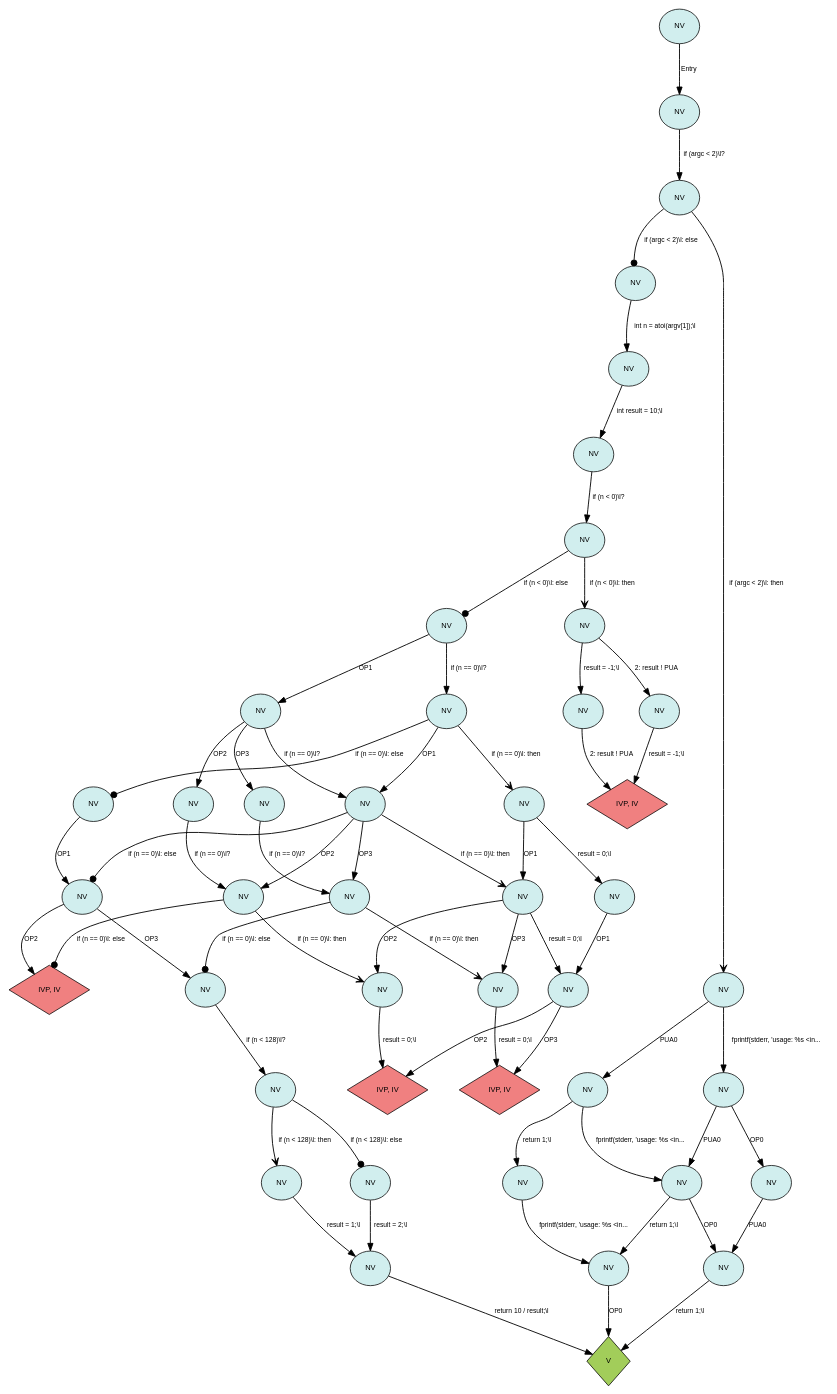
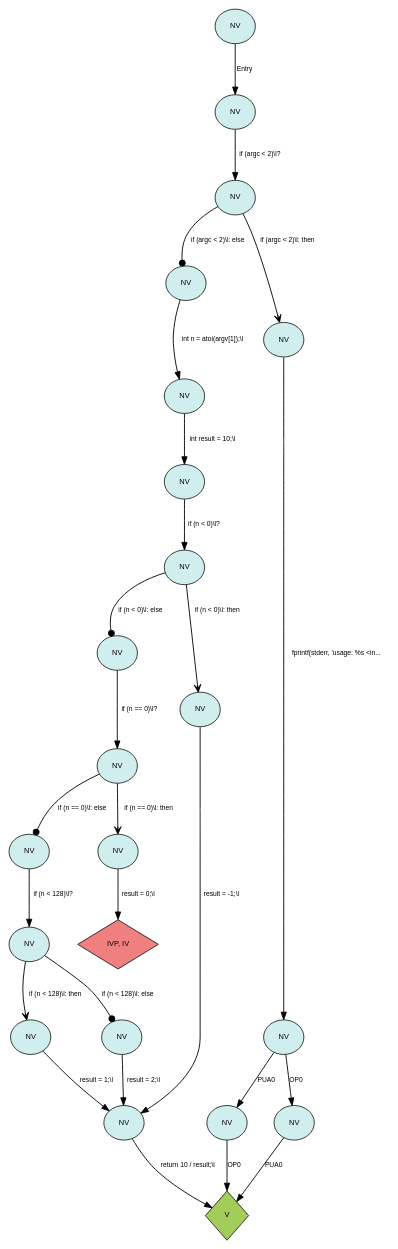
One commit to FelicitasGarcia/MimicryMonitor changed the diagram in exampleFiles/dots/llvmBasedResults/Verdicts_Labeled_DOT.dot. Above: the diagram before and after it, drawn with Graphviz. The commit also changed 32 other files, not shown here.

```diff
--- a/exampleFiles/dots/llvmBasedResults/Verdicts_Labeled_DOT.dot
+++ b/exampleFiles/dots/llvmBasedResults/Verdicts_Labeled_DOT.dot
@@ -1,116 +1,57 @@
 digraph Verdicts_Labeled {
   rankdir=TB; // Top to bottom layout
   rank=min;
   nodesep=0.5; // Increase node separation
   ranksep=0.8; // Increase rank separation
 edge [curvature=0.3];  node [fontname="Helvetica", fontsize=10];
   edge [fontname="Helvetica", fontsize=9];
 
-  589 [label="NV", style=filled, fillcolor="lightcyan2", shape=ellipse, margin="0.15,0.15"];
-  665 [label="NV", style=filled, fillcolor="lightcyan2", shape=ellipse, margin="0.15,0.15"];
-  949 [label="NV", style=filled, fillcolor="lightcyan2", shape=ellipse, margin="0.15,0.15"];
-  628 [label="NV", style=filled, fillcolor="lightcyan2", shape=ellipse, margin="0.15,0.15"];
-  493 [label="NV", style=filled, fillcolor="lightcyan2", shape=ellipse, margin="0.15,0.15"];
-  59 [label="NV", style=filled, fillcolor="lightcyan2", shape=ellipse, margin="0.15,0.15"];
-  159 [label="NV", style=filled, fillcolor="lightcyan2", shape=ellipse, margin="0.15,0.15"];
-  306 [label="NV", style=filled, fillcolor="lightcyan2", shape=ellipse, margin="0.15,0.15"];
-  452 [label="NV", style=filled, fillcolor="lightcyan2", shape=ellipse, margin="0.15,0.15"];
-  775 [label="NV", style=filled, fillcolor="lightcyan2", shape=ellipse, margin="0.15,0.15"];
-  375 [label="NV", style=filled, fillcolor="lightcyan2", shape=ellipse, margin="0.15,0.15"];
-  716 [label="NV", style=filled, fillcolor="lightcyan2", shape=ellipse, margin="0.15,0.15"];
-  8 [label="NV", style=filled, fillcolor="lightcyan2", shape=ellipse, margin="0.15,0.15"];
-  866 [label="NV", style=filled, fillcolor="lightcyan2", shape=ellipse, margin="0.15,0.15"];
-  269 [label="NV", style=filled, fillcolor="lightcyan2", shape=ellipse, margin="0.15,0.15"];
-  841 [label="IVP, IV", style=filled, fillcolor="lightcoral", shape=diamond, margin="0.15,0.15"];
-  190 [label="NV", style=filled, fillcolor="lightcyan2", shape=ellipse, margin="0.15,0.15"];
+  13 [label="NV", style=filled, fillcolor="lightcyan2", shape=ellipse, margin="0.15,0.15"];
+  30 [label="NV", style=filled, fillcolor="lightcyan2", shape=ellipse, margin="0.15,0.15"];
+  150 [label="NV", style=filled, fillcolor="lightcyan2", shape=ellipse, margin="0.15,0.15"];
+  219 [label="NV", style=filled, fillcolor="lightcyan2", shape=ellipse, margin="0.15,0.15"];
+  286 [label="NV", style=filled, fillcolor="lightcyan2", shape=ellipse, margin="0.15,0.15"];
+  317 [label="NV", style=filled, fillcolor="lightcyan2", shape=ellipse, margin="0.15,0.15"];
+  354 [label="NV", style=filled, fillcolor="lightcyan2", shape=ellipse, margin="0.15,0.15"];
+  404 [label="NV", style=filled, fillcolor="lightcyan2", shape=ellipse, margin="0.15,0.15"];
+  387 [label="IVP, IV", style=filled, fillcolor="lightcoral", shape=diamond, margin="0.15,0.15"];
+  399 [label="NV", style=filled, fillcolor="lightcyan2", shape=ellipse, margin="0.15,0.15"];
+  127 [label="NV", style=filled, fillcolor="lightcyan2", shape=ellipse, margin="0.15,0.15"];
+  64 [label="NV", style=filled, fillcolor="lightcyan2", shape=ellipse, margin="0.15,0.15"];
+  123 [label="NV", style=filled, fillcolor="lightcyan2", shape=ellipse, margin="0.15,0.15"];
+  90 [label="NV", style=filled, fillcolor="lightcyan2", shape=ellipse, margin="0.15,0.15"];
+  301 [label="NV", style=filled, fillcolor="lightcyan2", shape=ellipse, margin="0.15,0.15"];
   0 [label="NV", style=filled, fillcolor="lightcyan2", shape=ellipse, margin="0.15,0.15"];
-  501 [label="NV", style=filled, fillcolor="lightcyan2", shape=ellipse, margin="0.15,0.15"];
-  518 [label="NV", style=filled, fillcolor="lightcyan2", shape=ellipse, margin="0.15,0.15"];
-  541 [label="IVP, IV", style=filled, fillcolor="lightcoral", shape=diamond, margin="0.15,0.15"];
-  727 [label="NV", style=filled, fillcolor="lightcyan2", shape=ellipse, margin="0.15,0.15"];
-  885 [label="IVP, IV", style=filled, fillcolor="lightcoral", shape=diamond, margin="0.15,0.15"];
-  611 [label="NV", style=filled, fillcolor="lightcyan2", shape=ellipse, margin="0.15,0.15"];
-  211 [label="NV", style=filled, fillcolor="lightcyan2", shape=ellipse, margin="0.15,0.15"];
-  705 [label="IVP, IV", style=filled, fillcolor="lightcoral", shape=diamond, margin="0.15,0.15"];
-  738 [label="NV", style=filled, fillcolor="lightcyan2", shape=ellipse, margin="0.15,0.15"];
-  114 [label="NV", style=filled, fillcolor="lightcyan2", shape=ellipse, margin="0.15,0.15"];
-  617 [label="NV", style=filled, fillcolor="lightcyan2", shape=ellipse, margin="0.15,0.15"];
-  346 [label="V", style=filled, fillcolor="darkolivegreen3", shape=diamond, margin="0.15,0.15"];
-  390 [label="NV", style=filled, fillcolor="lightcyan2", shape=ellipse, margin="0.15,0.15"];
-  96 [label="NV", style=filled, fillcolor="lightcyan2", shape=ellipse, margin="0.15,0.15"];
-  237 [label="NV", style=filled, fillcolor="lightcyan2", shape=ellipse, margin="0.15,0.15"];
-  997 [label="NV", style=filled, fillcolor="lightcyan2", shape=ellipse, margin="0.15,0.15"];
-  496 [label="NV", style=filled, fillcolor="lightcyan2", shape=ellipse, margin="0.15,0.15"];
-  444 [label="NV", style=filled, fillcolor="lightcyan2", shape=ellipse, margin="0.15,0.15"];
-  43 [label="NV", style=filled, fillcolor="lightcyan2", shape=ellipse, margin="0.15,0.15"];
-  81 [label="NV", style=filled, fillcolor="lightcyan2", shape=ellipse, margin="0.15,0.15"];
-  507 [label="NV", style=filled, fillcolor="lightcyan2", shape=ellipse, margin="0.15,0.15"];
-  104 [label="NV", style=filled, fillcolor="lightcyan2", shape=ellipse, margin="0.15,0.15"];
-  155 [label="NV", style=filled, fillcolor="lightcyan2", shape=ellipse, margin="0.15,0.15"];
-  458 [label="NV", style=filled, fillcolor="lightcyan2", shape=ellipse, margin="0.15,0.15"];
-  473 [label="NV", style=filled, fillcolor="lightcyan2", shape=ellipse, margin="0.15,0.15"];
-  946 [label="NV", style=filled, fillcolor="lightcyan2", shape=ellipse, margin="0.15,0.15"];
+  50 [label="NV", style=filled, fillcolor="lightcyan2", shape=ellipse, margin="0.15,0.15"];
+  95 [label="NV", style=filled, fillcolor="lightcyan2", shape=ellipse, margin="0.15,0.15"];
+  170 [label="V", style=filled, fillcolor="darkolivegreen3", shape=diamond, margin="0.15,0.15"];
+  245 [label="NV", style=filled, fillcolor="lightcyan2", shape=ellipse, margin="0.15,0.15"];
+  252 [label="NV", style=filled, fillcolor="lightcyan2", shape=ellipse, margin="0.15,0.15"];
+  320 [label="NV", style=filled, fillcolor="lightcyan2", shape=ellipse, margin="0.15,0.15"];
 
-  59 -> 96 [label="fprintf(stderr, 'usage: %s \<in...", id=12, arrowhead=normal, penwidth=1.2];
-  104 -> 159 [label="fprintf(stderr, 'usage: %s \<in...", id=12, arrowhead=normal, penwidth=1.2];
-  190 -> 269 [label="fprintf(stderr, 'usage: %s \<in...", id=12, arrowhead=normal, penwidth=1.2];
-  96 -> 155 [label="OP0", id=13, arrowhead=normal, penwidth=1.2];
-  159 -> 237 [label="OP0", id=13, arrowhead=normal, penwidth=1.2];
-  269 -> 346 [label="OP0", id=13, arrowhead=normal, penwidth=1.2];
-  114 -> 211 [label="int result = 10;\\l", id=16, arrowhead=normal, penwidth=1.2];
-  0 -> 8 [label="Entry", id=17, arrowhead=normal, penwidth=1.2];
-  8 -> 43 [label="if (argc \< 2)\\l?", id=17, arrowhead=normal, penwidth=1.2];
-  43 -> 59 [label="if (argc \< 2)\\l: then", id=17, arrowhead=vee, penwidth=1.2];
-  43 -> 81 [label="if (argc \< 2)\\l: else", id=17, arrowhead=dot, penwidth=1.2];
-  390 -> 473 [label="result = -1;\\l", id=18, arrowhead=normal, penwidth=1.2];
-  458 -> 541 [label="result = -1;\\l", id=18, arrowhead=normal, penwidth=1.2];
-  375 -> 444 [label="OP1", id=19, arrowhead=normal, penwidth=1.2];
-  59 -> 104 [label="PUA0", id=19, arrowhead=normal, penwidth=1.2];
-  96 -> 159 [label="PUA0", id=19, arrowhead=normal, penwidth=1.2];
-  155 -> 237 [label="PUA0", id=19, arrowhead=normal, penwidth=1.2];
-  444 -> 493 [label="OP2", id=19, arrowhead=normal, penwidth=1.2];
-  775 -> 885 [label="OP3", id=19, arrowhead=normal, penwidth=1.2];
-  518 -> 628 [label="OP1", id=19, arrowhead=normal, penwidth=1.2];
-  628 -> 738 [label="OP3", id=19, arrowhead=normal, penwidth=1.2];
-  444 -> 496 [label="OP3", id=19, arrowhead=normal, penwidth=1.2];
-  452 -> 501 [label="OP1", id=19, arrowhead=normal, penwidth=1.2];
-  501 -> 589 [label="OP2", id=19, arrowhead=normal, penwidth=1.2];
-  507 -> 617 [label="OP1", id=19, arrowhead=normal, penwidth=1.2];
-  775 -> 841 [label="OP2", id=19, arrowhead=normal, penwidth=1.2];
-  617 -> 705 [label="OP2", id=19, arrowhead=normal, penwidth=1.2];
-  617 -> 727 [label="OP3", id=19, arrowhead=normal, penwidth=1.2];
-  665 -> 775 [label="OP1", id=19, arrowhead=normal, penwidth=1.2];
-  628 -> 716 [label="OP2", id=19, arrowhead=normal, penwidth=1.2];
-  501 -> 611 [label="OP3", id=19, arrowhead=normal, penwidth=1.2];
-  104 -> 190 [label="return 1;\\l", id=20, arrowhead=normal, penwidth=1.2];
-  159 -> 269 [label="return 1;\\l", id=20, arrowhead=normal, penwidth=1.2];
-  237 -> 346 [label="return 1;\\l", id=20, arrowhead=normal, penwidth=1.2];
-  81 -> 114 [label="int n = atoi(argv[1]);\\l", id=22, arrowhead=normal, penwidth=1.2];
-  211 -> 306 [label="if (n \< 0)\\l?", id=24, arrowhead=normal, penwidth=1.2];
-  306 -> 375 [label="if (n \< 0)\\l: else", id=24, arrowhead=dot, penwidth=1.2];
-  306 -> 390 [label="if (n \< 0)\\l: then", id=24, arrowhead=vee, penwidth=1.2];
-  390 -> 458 [label="2: result ! PUA", id=25, arrowhead=normal, penwidth=1.2];
-  473 -> 541 [label="2: result ! PUA", id=25, arrowhead=normal, penwidth=1.2];
-  501 -> 617 [label="if (n == 0)\\l: else", id=26, arrowhead=dot, penwidth=1.2];
-  375 -> 452 [label="if (n == 0)\\l?", id=26, arrowhead=normal, penwidth=1.2];
-  444 -> 501 [label="if (n == 0)\\l?", id=26, arrowhead=normal, penwidth=1.2];
-  452 -> 507 [label="if (n == 0)\\l: else", id=26, arrowhead=dot, penwidth=1.2];
-  452 -> 518 [label="if (n == 0)\\l: then", id=26, arrowhead=vee, penwidth=1.2];
-  493 -> 589 [label="if (n == 0)\\l?", id=26, arrowhead=normal, penwidth=1.2];
-  496 -> 611 [label="if (n == 0)\\l?", id=26, arrowhead=normal, penwidth=1.2];
-  589 -> 716 [label="if (n == 0)\\l: then", id=26, arrowhead=vee, penwidth=1.2];
-  611 -> 727 [label="if (n == 0)\\l: else", id=26, arrowhead=dot, penwidth=1.2];
-  611 -> 738 [label="if (n == 0)\\l: then", id=26, arrowhead=vee, penwidth=1.2];
-  501 -> 628 [label="if (n == 0)\\l: then", id=26, arrowhead=vee, penwidth=1.2];
-  589 -> 705 [label="if (n == 0)\\l: else", id=26, arrowhead=dot, penwidth=1.2];
-  518 -> 665 [label="result = 0;\\l", id=27, arrowhead=normal, penwidth=1.2];
-  628 -> 775 [label="result = 0;\\l", id=27, arrowhead=normal, penwidth=1.2];
-  716 -> 841 [label="result = 0;\\l", id=27, arrowhead=normal, penwidth=1.2];
-  738 -> 885 [label="result = 0;\\l", id=27, arrowhead=normal, penwidth=1.2];
-  727 -> 866 [label="if (n \< 128)\\l?", id=28, arrowhead=normal, penwidth=1.2];
-  866 -> 946 [label="if (n \< 128)\\l: else", id=28, arrowhead=dot, penwidth=1.2];
-  866 -> 949 [label="if (n \< 128)\\l: then", id=28, arrowhead=vee, penwidth=1.2];
-  949 -> 997 [label="result = 1;\\l", id=29, arrowhead=normal, penwidth=1.2];
-  946 -> 997 [label="result = 2;\\l", id=31, arrowhead=normal, penwidth=1.2];
-  997 -> 346 [label="return 10 / result;\\l", id=32, arrowhead=normal, penwidth=1.2];
+  90 -> 123 [label="OP0", id=13, arrowhead=normal, penwidth=1.2];
+  127 -> 170 [label="OP0", id=13, arrowhead=normal, penwidth=1.2];
+  0 -> 13 [label="Entry", id=16, arrowhead=normal, penwidth=1.2];
+  13 -> 30 [label="if (argc \< 2)\\l?", id=16, arrowhead=normal, penwidth=1.2];
+  30 -> 50 [label="if (argc \< 2)\\l: then", id=16, arrowhead=vee, penwidth=1.2];
+  30 -> 64 [label="if (argc \< 2)\\l: else", id=16, arrowhead=dot, penwidth=1.2];
+  95 -> 150 [label="int result = 10;\\l", id=16, arrowhead=normal, penwidth=1.2];
+  50 -> 90 [label="fprintf(stderr, 'usage: %s \<in...", id=18, arrowhead=normal, penwidth=1.2];
+  90 -> 127 [label="PUA0", id=19, arrowhead=normal, penwidth=1.2];
+  123 -> 170 [label="PUA0", id=19, arrowhead=normal, penwidth=1.2];
+  64 -> 95 [label="int n = atoi(argv[1]);\\l", id=21, arrowhead=normal, penwidth=1.2];
+  150 -> 219 [label="if (n \< 0)\\l?", id=23, arrowhead=normal, penwidth=1.2];
+  219 -> 245 [label="if (n \< 0)\\l: else", id=23, arrowhead=dot, penwidth=1.2];
+  219 -> 252 [label="if (n \< 0)\\l: then", id=23, arrowhead=vee, penwidth=1.2];
+  252 -> 301 [label="result = -1;\\l", id=24, arrowhead=normal, penwidth=1.2];
+  245 -> 286 [label="if (n == 0)\\l?", id=25, arrowhead=normal, penwidth=1.2];
+  286 -> 317 [label="if (n == 0)\\l: else", id=25, arrowhead=dot, penwidth=1.2];
+  286 -> 320 [label="if (n == 0)\\l: then", id=25, arrowhead=vee, penwidth=1.2];
+  320 -> 387 [label="result = 0;\\l", id=26, arrowhead=normal, penwidth=1.2];
+  317 -> 354 [label="if (n \< 128)\\l?", id=27, arrowhead=normal, penwidth=1.2];
+  354 -> 399 [label="if (n \< 128)\\l: else", id=27, arrowhead=dot, penwidth=1.2];
+  354 -> 404 [label="if (n \< 128)\\l: then", id=27, arrowhead=vee, penwidth=1.2];
+  404 -> 301 [label="result = 1;\\l", id=28, arrowhead=normal, penwidth=1.2];
+  399 -> 301 [label="result = 2;\\l", id=30, arrowhead=normal, penwidth=1.2];
+  301 -> 170 [label="return 10 / result;\\l", id=31, arrowhead=normal, penwidth=1.2];
 }
```
